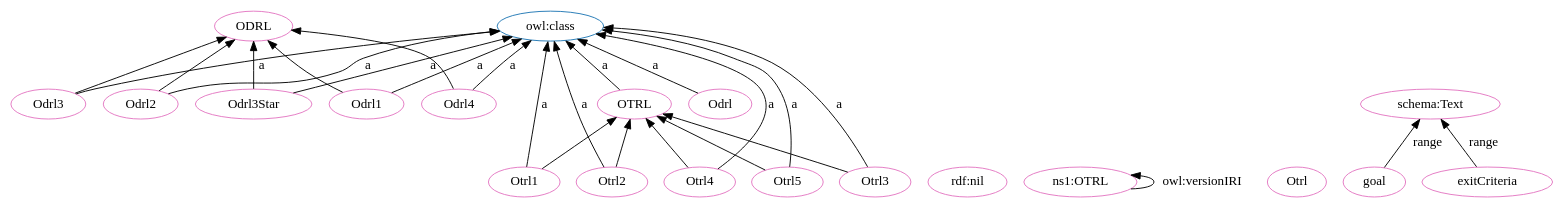
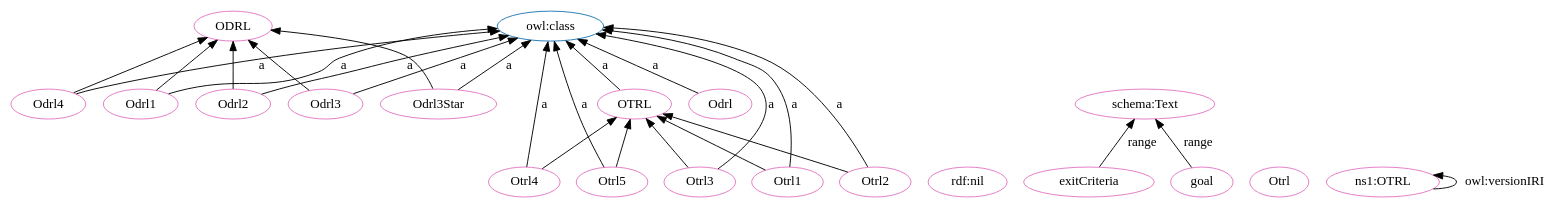
The diagram in OTRL-clean.dot (OPEN-NEXT/OKH-LOSH), drawn with Graphviz before and after one commit. The commit also changed other lines of this file and 16 other files, not shown here.

```diff
--- a/OTRL-clean.dot
+++ b/OTRL-clean.dot
@@ -1,51 +1,51 @@
 digraph G {
   rankdir=BT
   node[height=.3]
 "http://www.w3.org/2002/07/owl#class" [fillcolor="#1f77b4" color="#1f77b4" label="owl:class"]
 "http://purl.org/oseg/ontologies/OTRL#ODRL" [fillcolor="#1f77b4" color="#1f77b4" label="ODRL"]
 "http://purl.org/oseg/ontologies/OTRL#OTRL" [fillcolor="#1f77b4" color="#1f77b4" label="OTRL"]
+"http://purl.org/oseg/ontologies/OTRL#Odrl" [fillcolor="#e377c2" color="#e377c2" label="Odrl"]
+"http://www.w3.org/1999/02/22-rdf-syntax-ns#nil" [fillcolor="#e377c2" color="#e377c2" label="rdf:nil"]
 "http://purl.org/oseg/ontologies/OTRL#ODRL" [fillcolor="#e377c2" color="#e377c2" label="ODRL"]
-"http://purl.org/oseg/ontologies/OTRL#Odrl3Star" [fillcolor="#e377c2" color="#e377c2" label="Odrl3Star"]
-"http://purl.org/oseg/ontologies/OTRL#Odrl" [fillcolor="#e377c2" color="#e377c2" label="Odrl"]
-"http://purl.org/oseg/ontologies/OTRL#Odrl3" [fillcolor="#e377c2" color="#e377c2" label="Odrl3"]
-"http://www.w3.org/1999/02/22-rdf-syntax-ns#nil" [fillcolor="#e377c2" color="#e377c2" label="rdf:nil"]
-"http://purl.org/oseg/ontologies/OTRL#Otrl4" [fillcolor="#e377c2" color="#e377c2" label="Otrl4"]
+"http://purl.org/oseg/ontologies/OTRL#Odrl1" [fillcolor="#e377c2" color="#e377c2" label="Odrl1"]
+"http://purl.org/oseg/ontologies/OTRL#Otrl3" [fillcolor="#e377c2" color="#e377c2" label="Otrl3"]
+"http://purl.org/oseg/ontologies/OTRL#OTRL" [fillcolor="#e377c2" color="#e377c2" label="OTRL"]
+"http://purl.org/oseg/ontologies/OTRL#exitCriteria" [fillcolor="#e377c2" color="#e377c2" label="exitCriteria"]
 "http://purl.org/oseg/ontologies/OTRL#Odrl4" [fillcolor="#e377c2" color="#e377c2" label="Odrl4"]
-"http://purl.org/oseg/ontologies/OTRL#Odrl1" [fillcolor="#e377c2" color="#e377c2" label="Odrl1"]
-"http://purl.org/oseg/ontologies/OTRL" [fillcolor="#e377c2" color="#e377c2" label="ns1:OTRL"]
-"http://purl.org/oseg/ontologies/OTRL#Otrl" [fillcolor="#e377c2" color="#e377c2" label="Otrl"]
-"http://purl.org/oseg/ontologies/OTRL#OTRL" [fillcolor="#e377c2" color="#e377c2" label="OTRL"]
 "http://purl.org/oseg/ontologies/OTRL#goal" [fillcolor="#e377c2" color="#e377c2" label="goal"]
 "http://schema.org/Text" [fillcolor="#e377c2" color="#e377c2" label="schema:Text"]
-"http://purl.org/oseg/ontologies/OTRL#exitCriteria" [fillcolor="#e377c2" color="#e377c2" label="exitCriteria"]
+"http://purl.org/oseg/ontologies/OTRL#Odrl3Star" [fillcolor="#e377c2" color="#e377c2" label="Odrl3Star"]
+"http://purl.org/oseg/ontologies/OTRL#Odrl3" [fillcolor="#e377c2" color="#e377c2" label="Odrl3"]
+"http://purl.org/oseg/ontologies/OTRL#Otrl" [fillcolor="#e377c2" color="#e377c2" label="Otrl"]
+"http://purl.org/oseg/ontologies/OTRL#Otrl5" [fillcolor="#e377c2" color="#e377c2" label="Otrl5"]
+"http://purl.org/oseg/ontologies/OTRL" [fillcolor="#e377c2" color="#e377c2" label="ns1:OTRL"]
 "http://purl.org/oseg/ontologies/OTRL#Otrl2" [fillcolor="#e377c2" color="#e377c2" label="Otrl2"]
-"http://purl.org/oseg/ontologies/OTRL#Otrl3" [fillcolor="#e377c2" color="#e377c2" label="Otrl3"]
+"http://purl.org/oseg/ontologies/OTRL#Otrl4" [fillcolor="#e377c2" color="#e377c2" label="Otrl4"]
 "http://purl.org/oseg/ontologies/OTRL#Otrl1" [fillcolor="#e377c2" color="#e377c2" label="Otrl1"]
-"http://purl.org/oseg/ontologies/OTRL#Otrl5" [fillcolor="#e377c2" color="#e377c2" label="Otrl5"]
 "http://purl.org/oseg/ontologies/OTRL#Odrl2" [fillcolor="#e377c2" color="#e377c2" label="Odrl2"]
-  "http://purl.org/oseg/ontologies/OTRL#Otrl4" -> "http://www.w3.org/2002/07/owl#class" [label="a"]
-  "http://purl.org/oseg/ontologies/OTRL" -> "http://purl.org/oseg/ontologies/OTRL" [label="owl:versionIRI"]
-  "http://purl.org/oseg/ontologies/OTRL#Otrl5" -> "http://purl.org/oseg/ontologies/OTRL#OTRL" [label=""]
-  "http://purl.org/oseg/ontologies/OTRL#goal" -> "http://schema.org/Text" [label="range"]
-  "http://purl.org/oseg/ontologies/OTRL#Odrl3Star" -> "http://purl.org/oseg/ontologies/OTRL#ODRL" [label=""]
-  "http://purl.org/oseg/ontologies/OTRL#Otrl2" -> "http://www.w3.org/2002/07/owl#class" [label="a"]
-  "http://purl.org/oseg/ontologies/OTRL#Odrl1" -> "http://purl.org/oseg/ontologies/OTRL#ODRL" [label=""]
-  "http://purl.org/oseg/ontologies/OTRL#Odrl3" -> "http://purl.org/oseg/ontologies/OTRL#ODRL" [label=""]
+  "http://purl.org/oseg/ontologies/OTRL#Odrl1" -> "http://www.w3.org/2002/07/owl#class" [label="a"]
+  "http://purl.org/oseg/ontologies/OTRL#Odrl4" -> "http://www.w3.org/2002/07/owl#class" [label="a"]
+  "http://purl.org/oseg/ontologies/OTRL#Odrl3Star" -> "http://www.w3.org/2002/07/owl#class" [label="a"]
   "http://purl.org/oseg/ontologies/OTRL#OTRL" -> "http://www.w3.org/2002/07/owl#class" [label="a"]
-  "http://purl.org/oseg/ontologies/OTRL#Otrl2" -> "http://purl.org/oseg/ontologies/OTRL#OTRL" [label=""]
   "http://purl.org/oseg/ontologies/OTRL#Odrl4" -> "http://purl.org/oseg/ontologies/OTRL#ODRL" [label=""]
-  "http://purl.org/oseg/ontologies/OTRL#Otrl1" -> "http://www.w3.org/2002/07/owl#class" [label="a"]
   "http://purl.org/oseg/ontologies/OTRL#Otrl5" -> "http://www.w3.org/2002/07/owl#class" [label="a"]
   "http://purl.org/oseg/ontologies/OTRL#Otrl1" -> "http://purl.org/oseg/ontologies/OTRL#OTRL" [label=""]
+  "http://purl.org/oseg/ontologies/OTRL#Otrl2" -> "http://www.w3.org/2002/07/owl#class" [label="a"]
+  "http://purl.org/oseg/ontologies/OTRL#Otrl4" -> "http://www.w3.org/2002/07/owl#class" [label="a"]
+  "http://purl.org/oseg/ontologies/OTRL#Odrl1" -> "http://purl.org/oseg/ontologies/OTRL#ODRL" [label=""]
+  "http://purl.org/oseg/ontologies/OTRL#Otrl3" -> "http://www.w3.org/2002/07/owl#class" [label="a"]
+  "http://purl.org/oseg/ontologies/OTRL#Otrl5" -> "http://purl.org/oseg/ontologies/OTRL#OTRL" [label=""]
+  "http://purl.org/oseg/ontologies/OTRL#Otrl2" -> "http://purl.org/oseg/ontologies/OTRL#OTRL" [label=""]
+  "http://purl.org/oseg/ontologies/OTRL#Odrl" -> "http://www.w3.org/2002/07/owl#class" [label="a"]
+  "http://purl.org/oseg/ontologies/OTRL#Odrl2" -> "http://purl.org/oseg/ontologies/OTRL#ODRL" [label=""]
+  "http://purl.org/oseg/ontologies/OTRL#exitCriteria" -> "http://schema.org/Text" [label="range"]
+  "http://purl.org/oseg/ontologies/OTRL#Odrl3Star" -> "http://purl.org/oseg/ontologies/OTRL#ODRL" [label=""]
+  "http://purl.org/oseg/ontologies/OTRL#Otrl4" -> "http://purl.org/oseg/ontologies/OTRL#OTRL" [label=""]
+  "http://purl.org/oseg/ontologies/OTRL#Odrl3" -> "http://www.w3.org/2002/07/owl#class" [label="a"]
+  "http://purl.org/oseg/ontologies/OTRL" -> "http://purl.org/oseg/ontologies/OTRL" [label="owl:versionIRI"]
+  "http://purl.org/oseg/ontologies/OTRL#Otrl3" -> "http://purl.org/oseg/ontologies/OTRL#OTRL" [label=""]
+  "http://purl.org/oseg/ontologies/OTRL#Odrl3" -> "http://purl.org/oseg/ontologies/OTRL#ODRL" [label=""]
+  "http://purl.org/oseg/ontologies/OTRL#Otrl1" -> "http://www.w3.org/2002/07/owl#class" [label="a"]
+  "http://purl.org/oseg/ontologies/OTRL#goal" -> "http://schema.org/Text" [label="range"]
   "http://purl.org/oseg/ontologies/OTRL#Odrl2" -> "http://www.w3.org/2002/07/owl#class" [label="a"]
-  "http://purl.org/oseg/ontologies/OTRL#Odrl2" -> "http://purl.org/oseg/ontologies/OTRL#ODRL" [label=""]
-  "http://purl.org/oseg/ontologies/OTRL#Odrl3Star" -> "http://www.w3.org/2002/07/owl#class" [label="a"]
-  "http://purl.org/oseg/ontologies/OTRL#Odrl3" -> "http://www.w3.org/2002/07/owl#class" [label="a"]
-  "http://purl.org/oseg/ontologies/OTRL#Odrl4" -> "http://www.w3.org/2002/07/owl#class" [label="a"]
-  "http://purl.org/oseg/ontologies/OTRL#Odrl1" -> "http://www.w3.org/2002/07/owl#class" [label="a"]
-  "http://purl.org/oseg/ontologies/OTRL#Otrl4" -> "http://purl.org/oseg/ontologies/OTRL#OTRL" [label=""]
-  "http://purl.org/oseg/ontologies/OTRL#exitCriteria" -> "http://schema.org/Text" [label="range"]
-  "http://purl.org/oseg/ontologies/OTRL#Otrl3" -> "http://www.w3.org/2002/07/owl#class" [label="a"]
-  "http://purl.org/oseg/ontologies/OTRL#Odrl" -> "http://www.w3.org/2002/07/owl#class" [label="a"]
-  "http://purl.org/oseg/ontologies/OTRL#Otrl3" -> "http://purl.org/oseg/ontologies/OTRL#OTRL" [label=""]
 }
```
